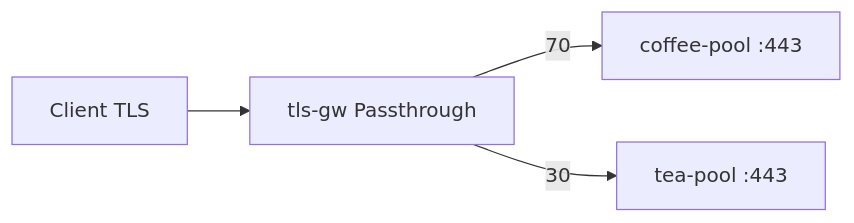
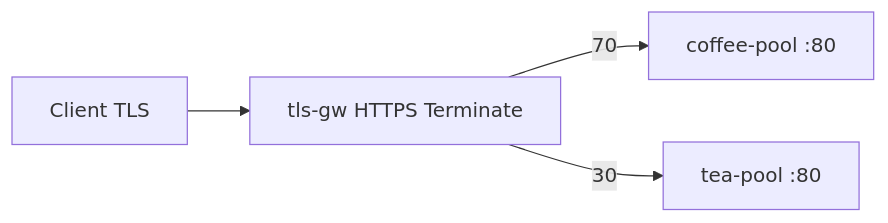
The diagram in Advanced_Feature/3.6_TLSRoute_Weight/README.md (mink0119/2609_f5bnk), drawn with Mermaid before and after one commit. The commit also changed other lines of this file and 25 other files, not shown here.

````diff
--- a/Advanced_Feature/3.6_TLSRoute_Weight/README.md
+++ b/Advanced_Feature/3.6_TLSRoute_Weight/README.md
@@ -7,6 +7,6 @@
 ```mermaid
 flowchart LR
-  C[Client TLS] --> GW[tls-gw Passthrough]
-  GW -->|70| P1[coffee-pool :443]
-  GW -->|30| P2[tea-pool :443]
+  C[Client TLS] --> GW["tls-gw HTTPS Terminate"]
+  GW -->|70| P1[coffee-pool :80]
+  GW -->|30| P2[tea-pool :80]
 ```
````
